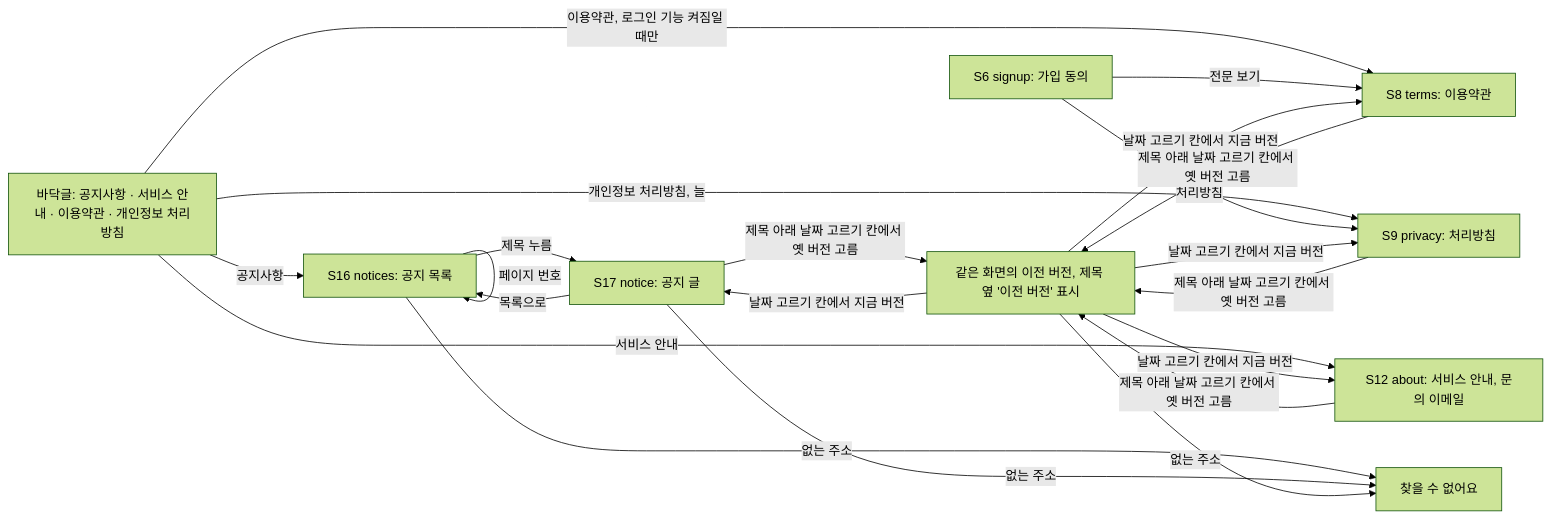
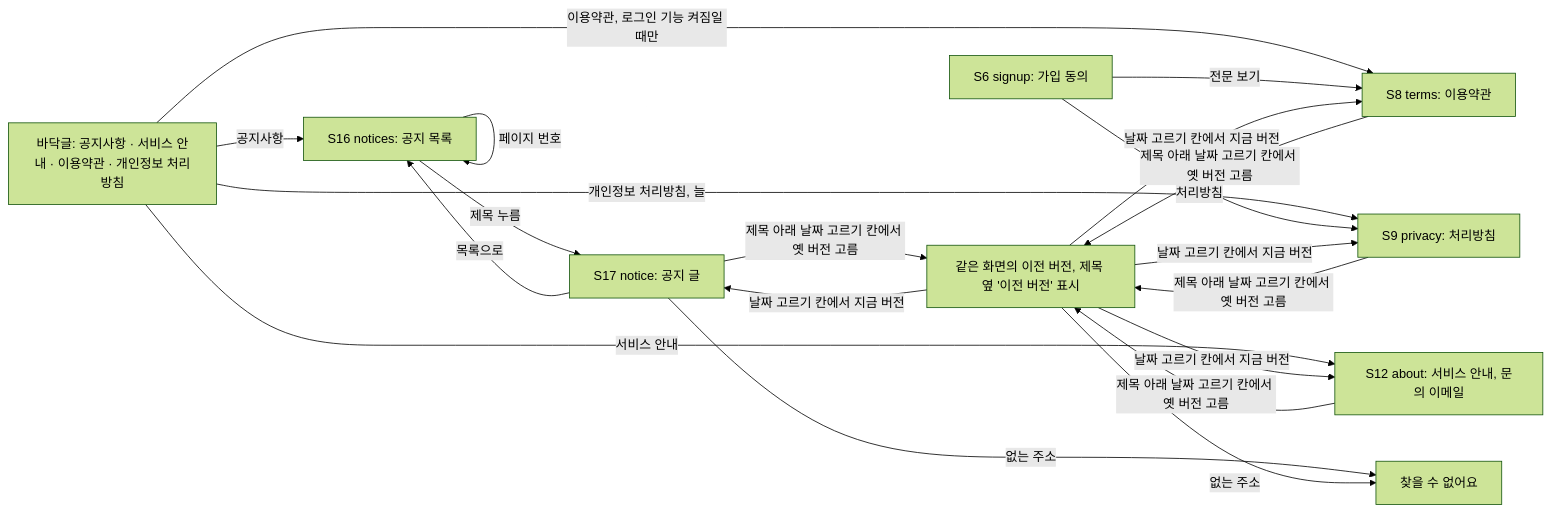
One commit to hodu-sketch/chaekcheck-plan changed the diagram in docs/cycles/16-notices-and-policies/flow.md. Above: the diagram before and after it, drawn with Mermaid (forest theme). The commit also changed other lines of this file and 13 other files, not shown here.

````diff
--- a/docs/cycles/16-notices-and-policies/flow.md
+++ b/docs/cycles/16-notices-and-policies/flow.md
@@ -7,15 +7,15 @@
 ```mermaid
 flowchart LR
   F[바닥글: 공지사항 · 서비스 안내 · 이용약관 · 개인정보 처리방침] -->|공지사항| S16[S16 notices: 공지 목록]
   F -->|서비스 안내| S12[S12 about: 서비스 안내, 문의 이메일]
   F -->|이용약관, 로그인 기능 켜짐일 때만| S8[S8 terms: 이용약관]
   F -->|개인정보 처리방침, 늘| S9[S9 privacy: 처리방침]
   S16 -->|제목 누름| S17[S17 notice: 공지 글]
   S16 -->|페이지 번호| S16
   S17 -->|목록으로| S16
   S6[S6 signup: 가입 동의] -->|전문 보기| S8
   S6 -->|처리방침| S9
   S8 & S9 & S12 & S17 -->|제목 아래 날짜 고르기 칸에서 옛 버전 고름| V[같은 화면의 이전 버전, 제목 옆 '이전 버전' 표시]
   V -->|날짜 고르기 칸에서 지금 버전| S8 & S9 & S12 & S17
-  S16 & S17 & V -->|없는 주소| NF[찾을 수 없어요]
+  S17 & V -->|없는 주소| NF[찾을 수 없어요]
 ```
````
